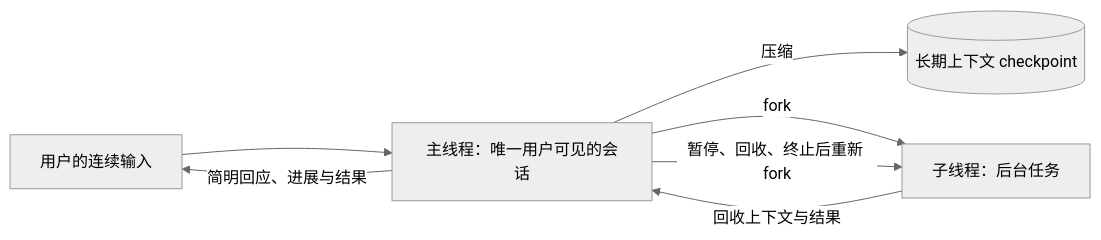
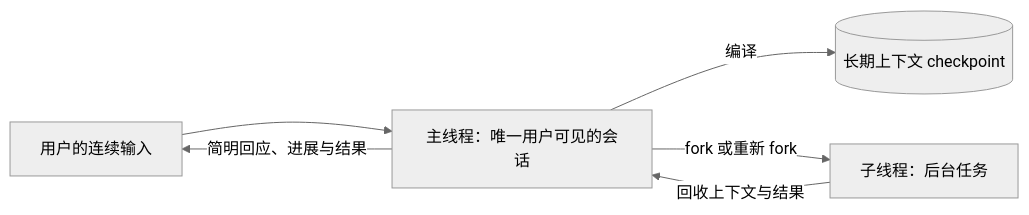
Before and after one commit to zccz14/cybion: the first of 3 diagrams in README.md, drawn with Mermaid (neutral theme). The commit also changed other lines of this file, not shown here.

````diff
--- a/README.md
+++ b/README.md
@@ -75,9 +65,8 @@
 ```mermaid
 flowchart LR
   U["用户的连续输入"] --> M["主线程：唯一用户可见的会话"]
   M -->|"简明回应、进展与结果"| U
-  M -->|"压缩"| K[("长期上下文 checkpoint")]
-  M -->|"fork"| S["子线程：后台任务"]
+  M -->|"编译"| K[("长期上下文 checkpoint")]
+  M -->|"fork 或重新 fork"| S["子线程：后台任务"]
   S -->|"回收上下文与结果"| M
-  M -->|"暂停、回收、终止后重新 fork"| S
 ```
````
